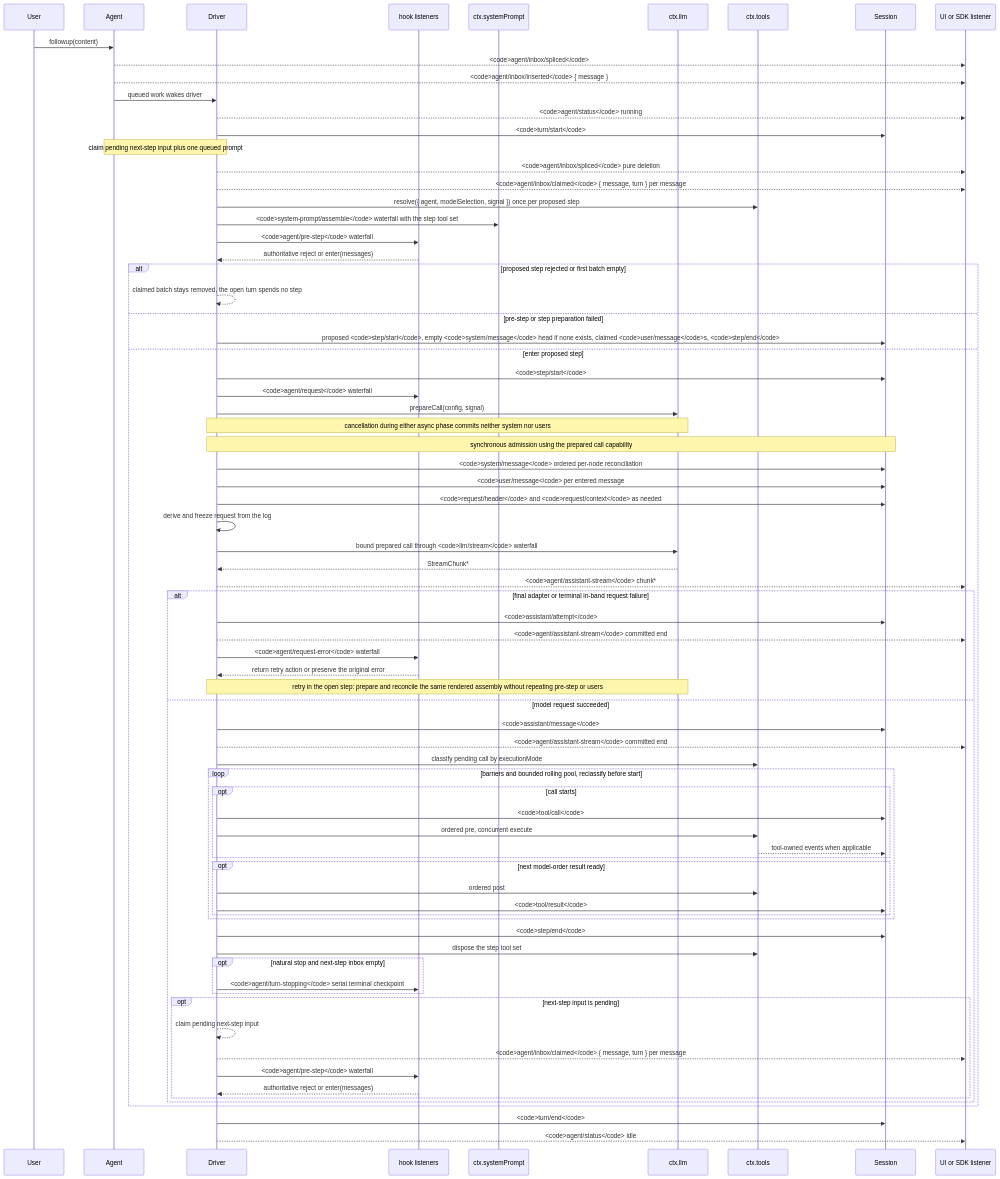
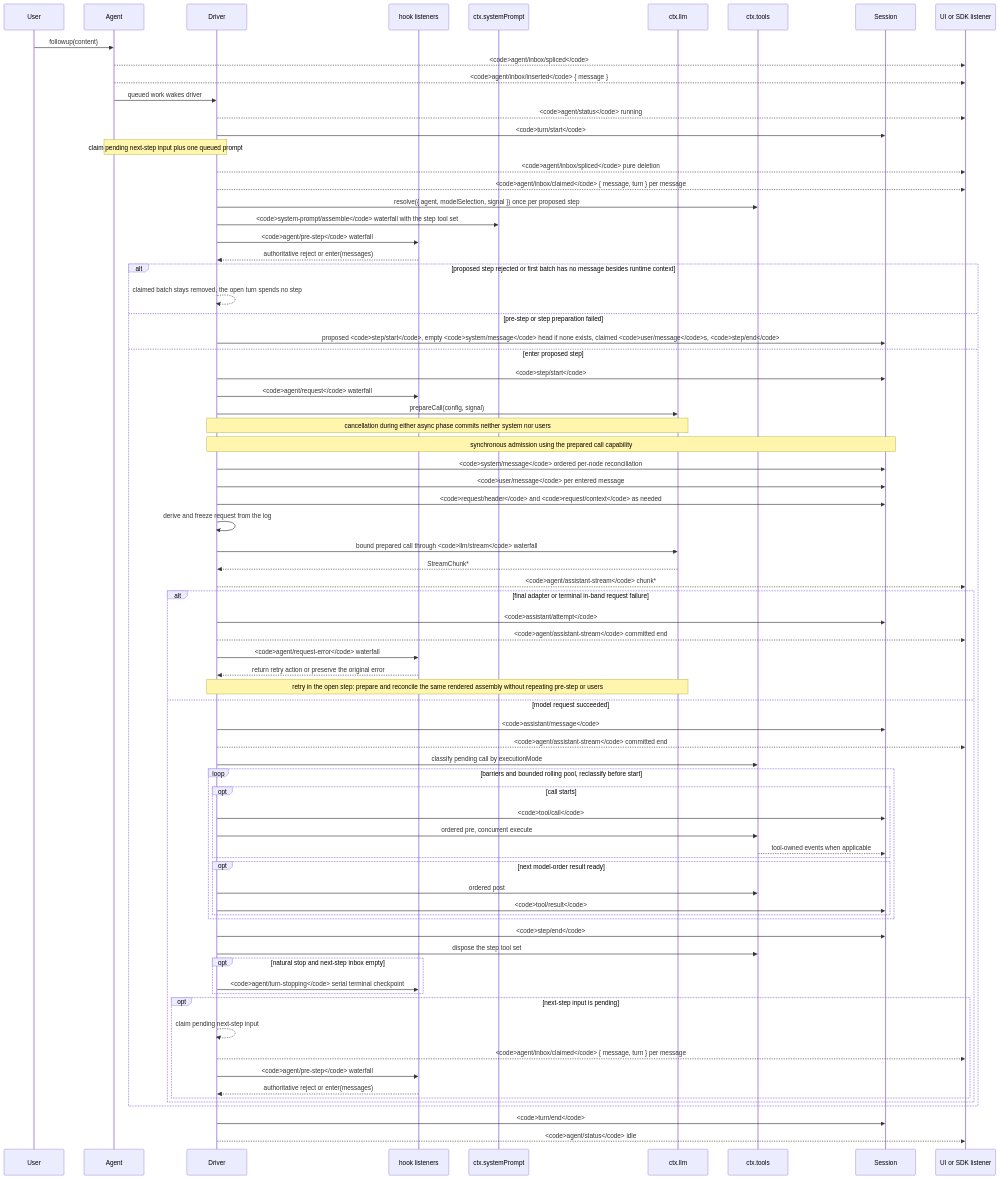
One commit to Chicken3veryDay/dsh-fusion changed the diagram in docs/agent-lifecycle.md. Above: the diagram before and after it, drawn with Mermaid. The commit also changed 35 other files, not shown here.

````diff
--- a/docs/agent-lifecycle.md
+++ b/docs/agent-lifecycle.md
@@ -8,78 +8,78 @@
 ```mermaid
 sequenceDiagram
   participant User
   participant Agent
   participant Driver
   participant Hooks as hook listeners
   participant Prompt as ctx.systemPrompt
   participant LLM as ctx.llm
   participant Tools as ctx.tools
   participant Session
   participant SDK as UI or SDK listener
   User->>Agent: followup(content)
   Agent-->>SDK: <code>agent/inbox/spliced</code>
   Agent-->>SDK: <code>agent/inbox/inserted</code> { message }
   Agent->>Driver: queued work wakes driver
   Driver-->>SDK: <code>agent/status</code> running
   Driver->>Session: <code>turn/start</code>
   Note over Agent,Driver: claim pending next-step input plus one queued prompt
   Driver-->>SDK: <code>agent/inbox/spliced</code> pure deletion
   Driver-->>SDK: <code>agent/inbox/claimed</code> { message, turn } per message
   Driver->>Tools: resolve({ agent, modelSelection, signal }) once per proposed step
   Driver->>Prompt: <code>system-prompt/assemble</code> waterfall with the step tool set
   Driver->>Hooks: <code>agent/pre-step</code> waterfall
   Hooks-->>Driver: authoritative reject or enter(messages)
-  alt proposed step rejected or first batch empty
+  alt proposed step rejected or first batch has no message besides runtime context
     Driver-->>Driver: claimed batch stays removed, the open turn spends no step
   else pre-step or step preparation failed
     Driver->>Session: proposed <code>step/start</code>, empty <code>system/message</code> head if none exists, claimed <code>user/message</code>s, <code>step/end</code>
   else enter proposed step
   Driver->>Session: <code>step/start</code>
   Driver->>Hooks: <code>agent/request</code> waterfall
   Driver->>LLM: prepareCall(config, signal)
   Note over Driver,LLM: cancellation during either async phase commits neither system nor users
   Note over Driver,Session: synchronous admission using the prepared call capability
   Driver->>Session: <code>system/message</code> ordered per-node reconciliation
   Driver->>Session: <code>user/message</code> per entered message
   Driver->>Session: <code>request/header</code> and <code>request/context</code> as needed
   Driver->>Driver: derive and freeze request from the log
   Driver->>LLM: bound prepared call through <code>llm/stream</code> waterfall
   LLM-->>Driver: StreamChunk*
   Driver-->>SDK: <code>agent/assistant-stream</code> chunk*
   alt final adapter or terminal in-band request failure
     Driver->>Session: <code>assistant/attempt</code>
     Driver-->>SDK: <code>agent/assistant-stream</code> committed end
     Driver->>Hooks: <code>agent/request-error</code> waterfall
     Hooks-->>Driver: return retry action or preserve the original error
     Note over Driver,LLM: retry in the open step: prepare and reconcile the same rendered assembly without repeating pre-step or users
   else model request succeeded
   Driver->>Session: <code>assistant/message</code>
   Driver-->>SDK: <code>agent/assistant-stream</code> committed end
   Driver->>Tools: classify pending call by executionMode
   loop barriers and bounded rolling pool, reclassify before start
     opt call starts
       Driver->>Session: <code>tool/call</code>
       Driver->>Tools: ordered pre, concurrent execute
       Tools-->>Session: tool-owned events when applicable
     end
     opt next model-order result ready
       Driver->>Tools: ordered post
       Driver->>Session: <code>tool/result</code>
     end
   end
   Driver->>Session: <code>step/end</code>
   Driver->>Tools: dispose the step tool set
   opt natural stop and next-step inbox empty
     Driver->>Hooks: <code>agent/turn-stopping</code> serial terminal checkpoint
   end
   opt next-step input is pending
     Driver-->>Driver: claim pending next-step input
     Driver-->>SDK: <code>agent/inbox/claimed</code> { message, turn } per message
     Driver->>Hooks: <code>agent/pre-step</code> waterfall
     Hooks-->>Driver: authoritative reject or enter(messages)
   end
   end
   end
   Driver->>Session: <code>turn/end</code>
   Driver-->>SDK: <code>agent/status</code> idle
 ```
````
